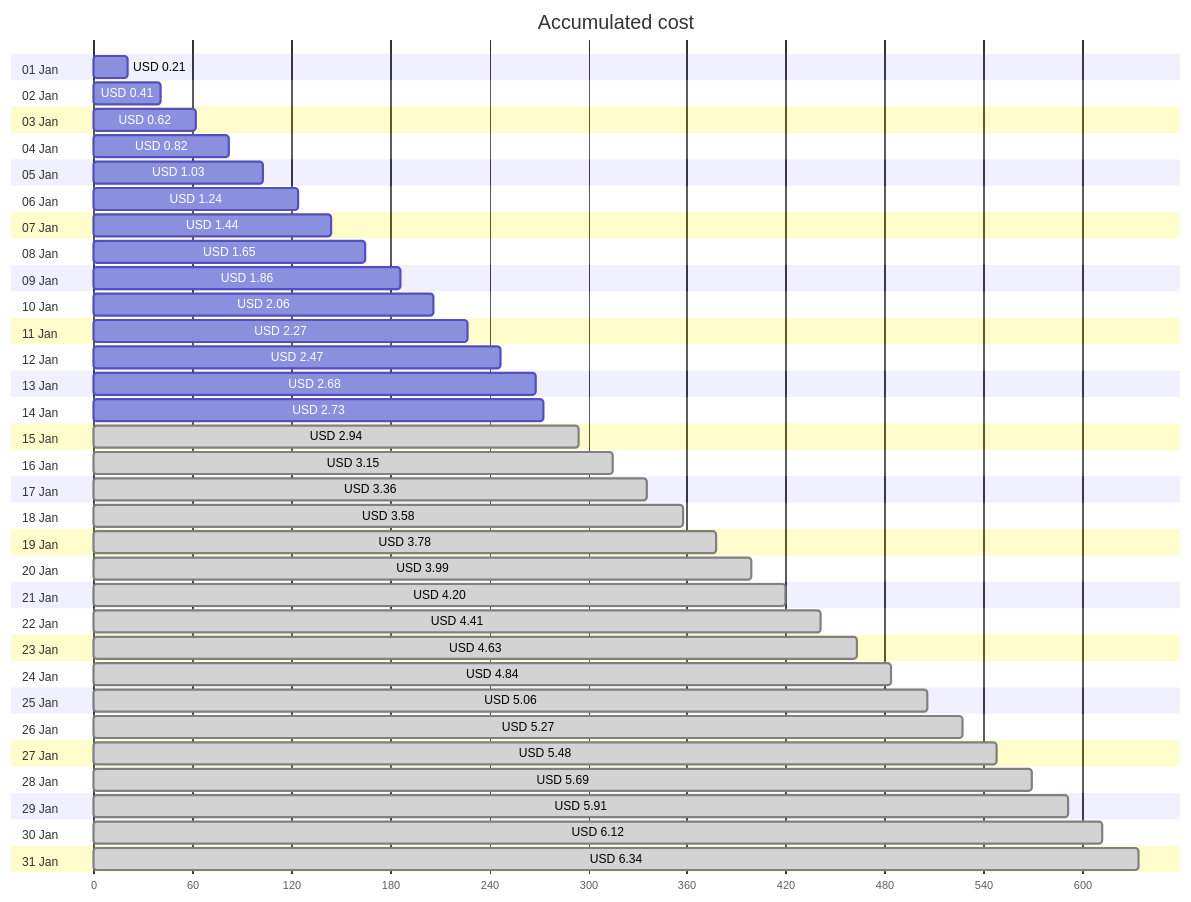
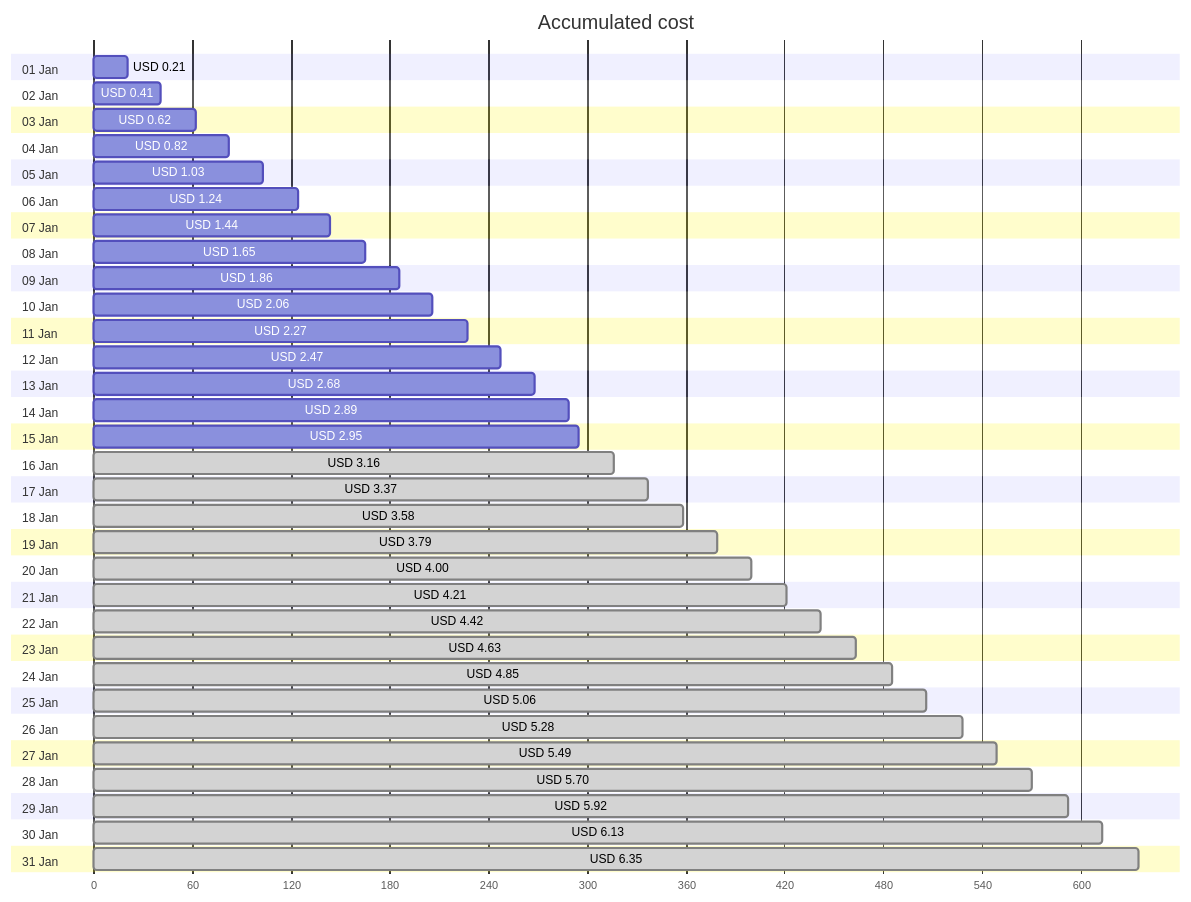
Before and after one commit to jpfulton/azure-personal-reports: the first of 4 diagrams in cost-reports/personal-network/backup-server.md, drawn with Mermaid. The commit also changed other lines of this file and 8 other files, not shown here.

````diff
--- a/cost-reports/personal-network/backup-server.md
+++ b/cost-reports/personal-network/backup-server.md
@@ -20,68 +20,68 @@
 ```mermaid
 gantt
    title Accumulated cost
    dateFormat  X
    axisFormat %s
    section 01 Jan
    USD 0.21 :0, 21
    section 02 Jan
    USD 0.41 :0, 41
    section 03 Jan
    USD 0.62 :0, 62
    section 04 Jan
    USD 0.82 :0, 82
    section 05 Jan
    USD 1.03 :0, 103
    section 06 Jan
    USD 1.24 :0, 124
    section 07 Jan
    USD 1.44 :0, 144
    section 08 Jan
    USD 1.65 :0, 165
    section 09 Jan
    USD 1.86 :0, 186
    section 10 Jan
    USD 2.06 :0, 206
    section 11 Jan
    USD 2.27 :0, 227
    section 12 Jan
    USD 2.47 :0, 247
    section 13 Jan
    USD 2.68 :0, 268
    section 14 Jan
-   USD 2.73 :0, 273
+   USD 2.89 :0, 289
    section 15 Jan
-   USD 2.94 : done, 0, 294
+   USD 2.95 :0, 295
    section 16 Jan
-   USD 3.15 : done, 0, 315
+   USD 3.16 : done, 0, 316
    section 17 Jan
-   USD 3.36 : done, 0, 336
+   USD 3.37 : done, 0, 337
    section 18 Jan
    USD 3.58 : done, 0, 358
    section 19 Jan
-   USD 3.78 : done, 0, 378
+   USD 3.79 : done, 0, 379
    section 20 Jan
-   USD 3.99 : done, 0, 399
+   USD 4.00 : done, 0, 400
    section 21 Jan
-   USD 4.20 : done, 0, 420
+   USD 4.21 : done, 0, 421
    section 22 Jan
-   USD 4.41 : done, 0, 441
+   USD 4.42 : done, 0, 442
    section 23 Jan
    USD 4.63 : done, 0, 463
    section 24 Jan
-   USD 4.84 : done, 0, 484
+   USD 4.85 : done, 0, 485
    section 25 Jan
    USD 5.06 : done, 0, 506
    section 26 Jan
-   USD 5.27 : done, 0, 527
+   USD 5.28 : done, 0, 528
    section 27 Jan
-   USD 5.48 : done, 0, 548
+   USD 5.49 : done, 0, 549
    section 28 Jan
-   USD 5.69 : done, 0, 569
+   USD 5.70 : done, 0, 570
    section 29 Jan
-   USD 5.91 : done, 0, 591
+   USD 5.92 : done, 0, 592
    section 30 Jan
-   USD 6.12 : done, 0, 612
+   USD 6.13 : done, 0, 613
    section 31 Jan
-   USD 6.34 : done, 0, 634
+   USD 6.35 : done, 0, 635
 ```
````
